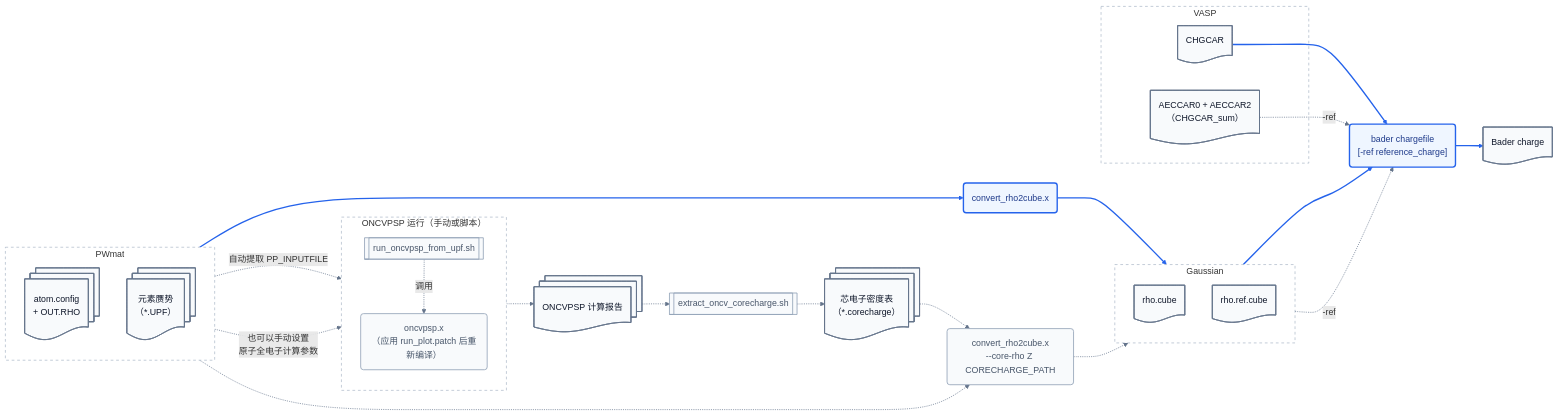
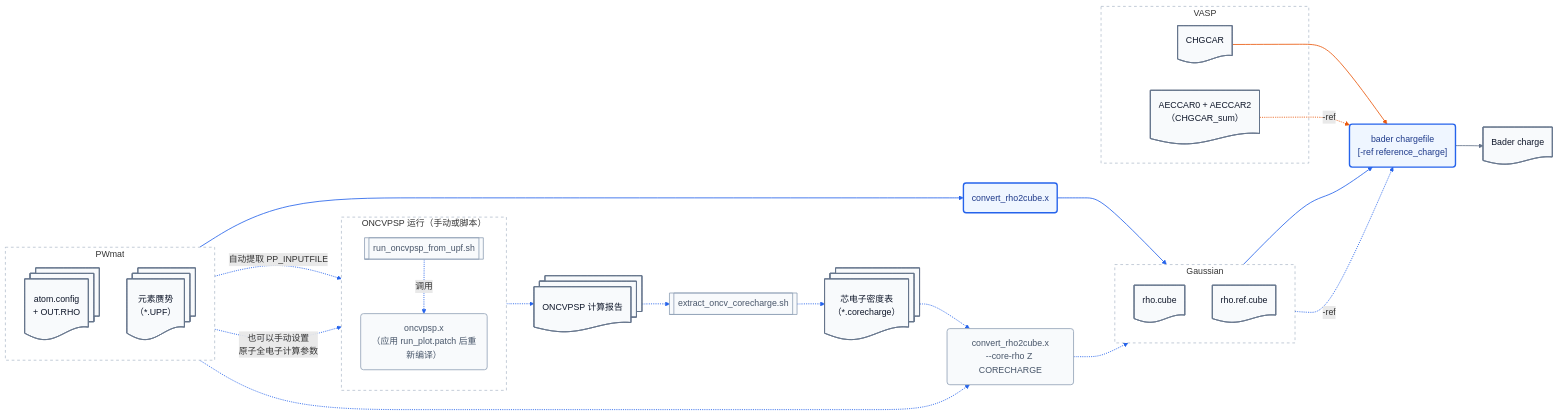
One commit to bzzlfd/bader-tools changed the diagram in docs/bader-reference-density.md. Above: the diagram before and after it, drawn with Mermaid. The commit also changed other lines of this file and 2 other files, not shown here.

````diff
--- a/docs/bader-reference-density.md
+++ b/docs/bader-reference-density.md
@@ -9,60 +9,67 @@
 ```mermaid
 flowchart LR
     subgraph pwmat["PWmat"]
         direction TB
         pwmat_inputs@{ shape: docs, label: "atom.config<br/>+ OUT.RHO" }
         upf@{ shape: docs, label: "元素赝势<br/>（*.UPF）" }
     end
 
     subgraph gaussian["Gaussian"]
         direction TB
         rho_cube@{ shape: doc, label: "rho.cube" }
         rho_ref_cube@{ shape: doc, label: "rho.ref.cube" }
     end
 
     subgraph vasp["VASP"]
         chgcar@{ shape: doc, label: "CHGCAR" }
         aeccar@{ shape: doc, label: "AECCAR0 + AECCAR2<br/>（CHGCAR_sum）" }
     end
 
     %% 此分组表示两种运行方式；UPF 分别连接脚本和 ONCVPSP 程序。
     subgraph oncv_tools["ONCVPSP 运行（手动或脚本）"]
         direction TB
         run_oncv[["run_oncvpsp_from_upf.sh"]]
         oncvpsp("oncvpsp.x<br/>（应用 run_plot.patch 后重新编译）")
     end
 
     %% 基本操作：转换待分析密度，或直接读取 CHGCAR。
     pwmat_inputs --> convert_cube("convert_rho2cube.x")
     convert_cube --> rho_cube
     rho_cube --> bader("bader chargefile<br/>[-ref reference_charge]")
     chgcar --> bader
     bader --> charge@{ shape: doc, label: "Bader charge" }
 
     %% 参考密度流程：VASP 使用 CHGCAR_sum；PWmat 使用价电子密度与芯密度表。
     aeccar -.->|"-ref"| bader
     upf -.->|"自动提取 PP_INPUTFILE"| run_oncv
     upf -.->|"也可以手动设置<br/>原子全电子计算参数"| oncvpsp
     run_oncv -.->|"调用"| oncvpsp
     oncvpsp -.-> oncv_report@{ shape: docs, label: "ONCVPSP 计算报告" }
     oncv_report -.-> extract_core[["extract_oncv_corecharge.sh"]]
     extract_core -.-> corecharge@{ shape: docs, label: "芯电子密度表<br/>（*.corecharge）" }
-    pwmat_inputs -.-> convert_ref("convert_rho2cube.x<br/>--core-rho Z CORECHARGE_PATH")
+    pwmat_inputs -.-> convert_ref("convert_rho2cube.x<br/>--core-rho Z CORECHARGE")
     corecharge -.-> convert_ref
     convert_ref -.-> rho_ref_cube
     rho_ref_cube -.->|"-ref"| bader
 
-    %% 路线颜色表示操作层次；所有文件统一使用中性样式。
+    %% 连线颜色按数据来源区分：PWmat 路线沿用 README 工作流图的蓝色，VASP 路线为橙色；
+    %% 虚线表示提供参考密度的附属路线；bader 的输出连线为中性灰。节点样式与连线无关。
     classDef basic fill:#eff6ff,stroke:#2563eb,color:#1e3a8a,stroke-width:2.5px
     classDef advanced fill:#f8fafc,stroke:#94a3b8,color:#475569,stroke-width:1.5px
     classDef neutral fill:#f8fafc,stroke:#64748b,color:#0f172a,stroke-width:1.5px
     class convert_cube,bader basic
     class oncvpsp,run_oncv,extract_core,convert_ref advanced
     class pwmat_inputs,upf,rho_cube,rho_ref_cube,chgcar,aeccar,oncv_report,corecharge,charge neutral
     style pwmat fill:#ffffff,stroke:#94a3b8,stroke-dasharray:5 5
     style gaussian fill:#ffffff,stroke:#94a3b8,stroke-dasharray:5 5
     style vasp fill:#ffffff,stroke:#94a3b8,stroke-dasharray:5 5
     style oncv_tools fill:#ffffff,stroke:#94a3b8,stroke-dasharray:5 5
-    linkStyle 0,1,2,3,4 stroke:#2563eb,stroke-width:2.5px
-    linkStyle 5,6,7,8,9,10,11,12,13,14,15 stroke:#64748b,stroke-width:1.25px
+    %% 路线 3：PWmat 基本流程（实线，颜色沿用 README 图二）
+    linkStyle 0,1,2 stroke:#2563eb,stroke-width:1.5px
+    %% 路线 4：PWmat 参考密度流程（虚线）
+    linkStyle 6,7,8,9,10,11,12,13,14,15 stroke:#2563eb,stroke-width:1.5px
+    %% 路线 1/2：VASP 基本流程与参考密度流程
+    linkStyle 3,5 stroke:#ea580c,stroke-width:1.5px
+    %% bader 的输出连线
+    linkStyle 4 stroke:#64748b,stroke-width:1.5px
 ```
````
